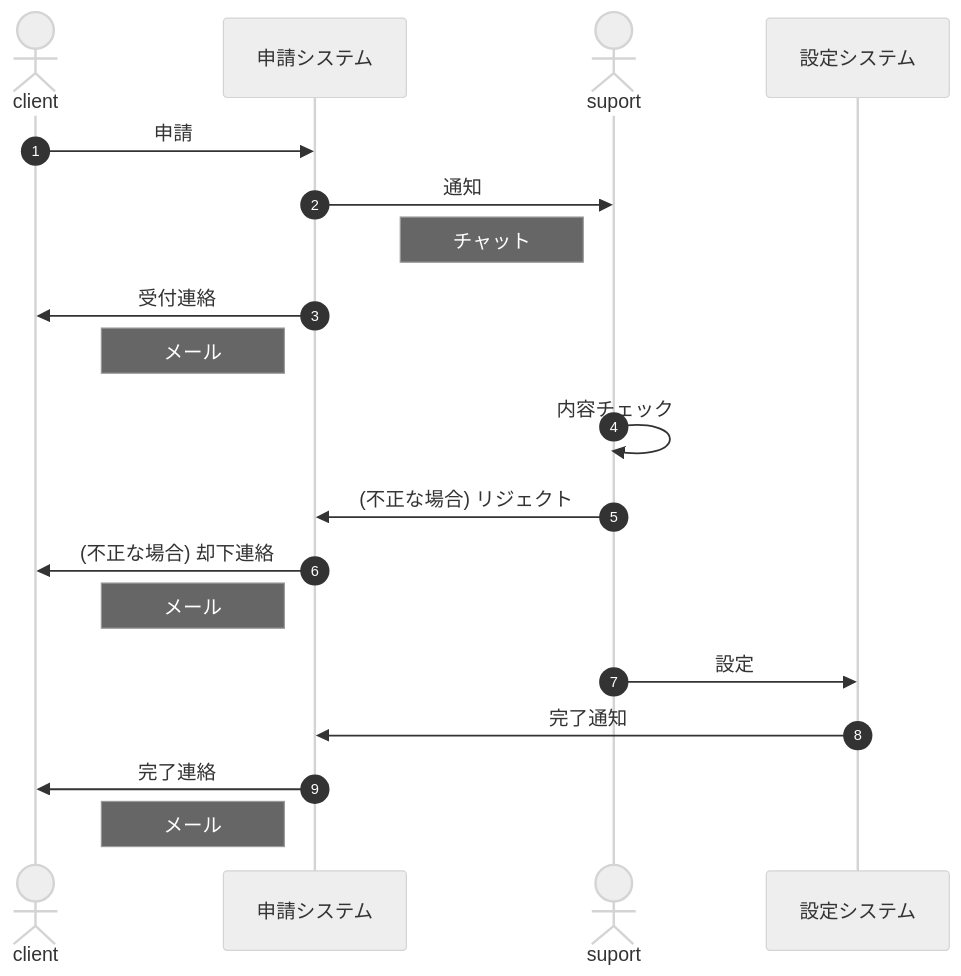
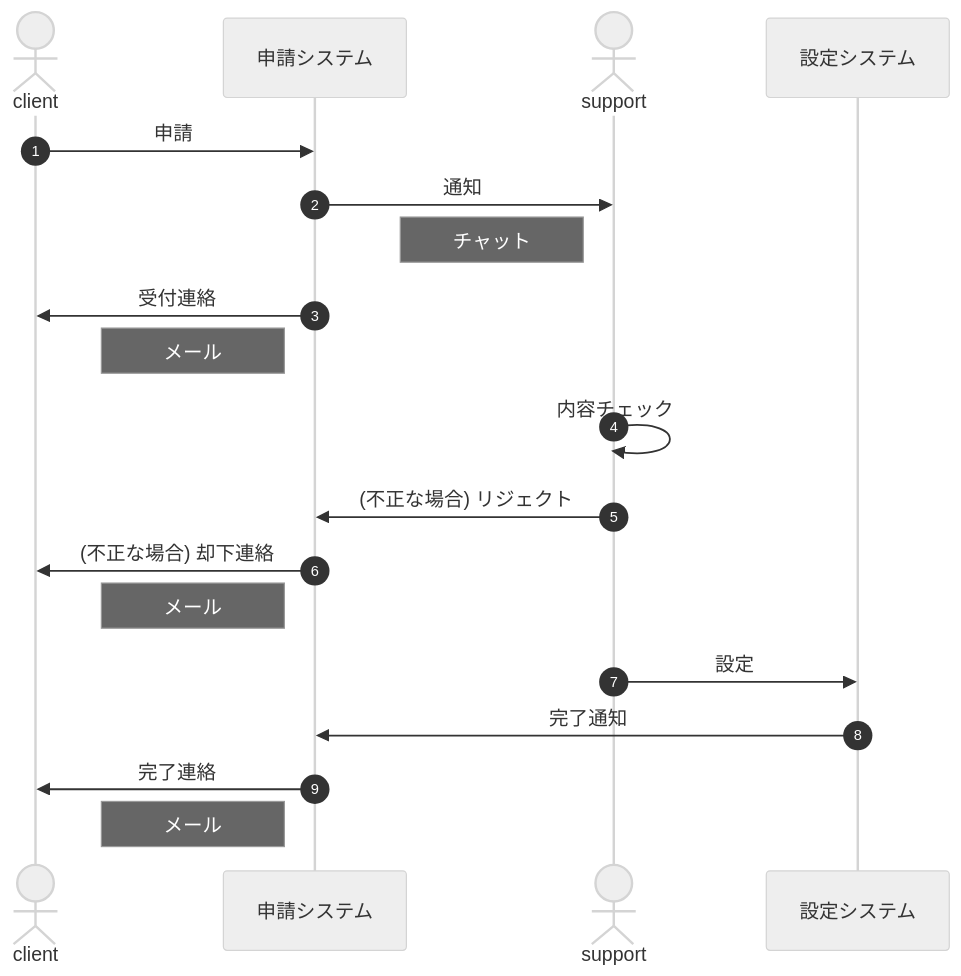
Before and after one commit to s-kono/sandbox: the diagram in README.md, drawn with Mermaid (neutral theme).

Commit message:
typo fix

````diff
--- a/README.md
+++ b/README.md
@@ -61,21 +61,21 @@
 ```mermaid
 sequenceDiagram
     autonumber
     actor client
     participant form as 申請システム
-    actor suport
+    actor support
     participant system as 設定システム
     client->>form: 申請
-    form->>suport: 通知
-    Note left of suport: チャット
+    form->>support: 通知
+    Note left of support: チャット
     form->>client: 受付連絡
     Note left of form: メール
-    suport->>suport: 内容チェック
-    suport->>form: (不正な場合) リジェクト
+    support->>support: 内容チェック
+    support->>form: (不正な場合) リジェクト
     form->>client: (不正な場合) 却下連絡
     Note left of form: メール
-    suport->>system: 設定
+    support->>system: 設定
     system->>form: 完了通知
     form->>client: 完了連絡
     Note left of form: メール
 ```
````
